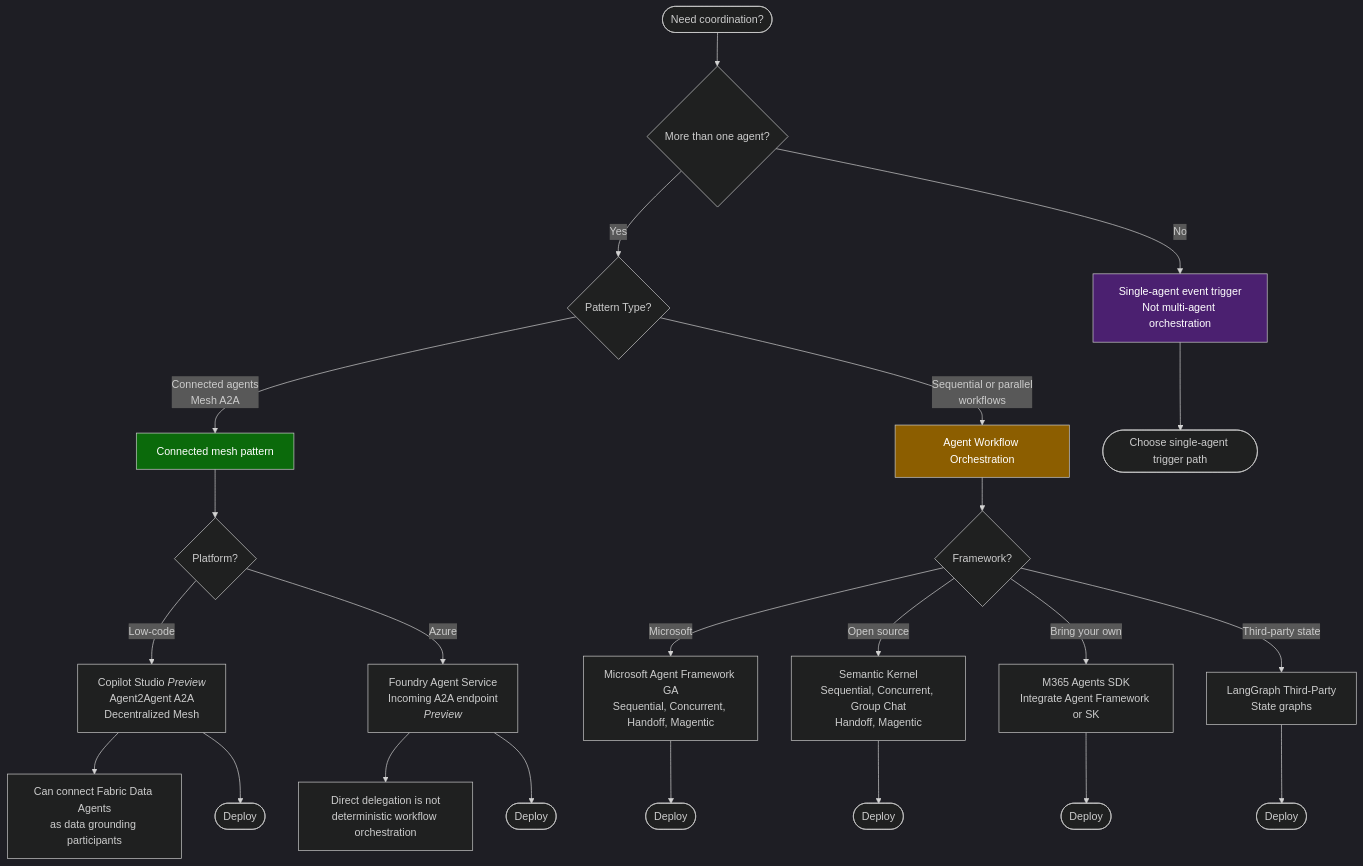
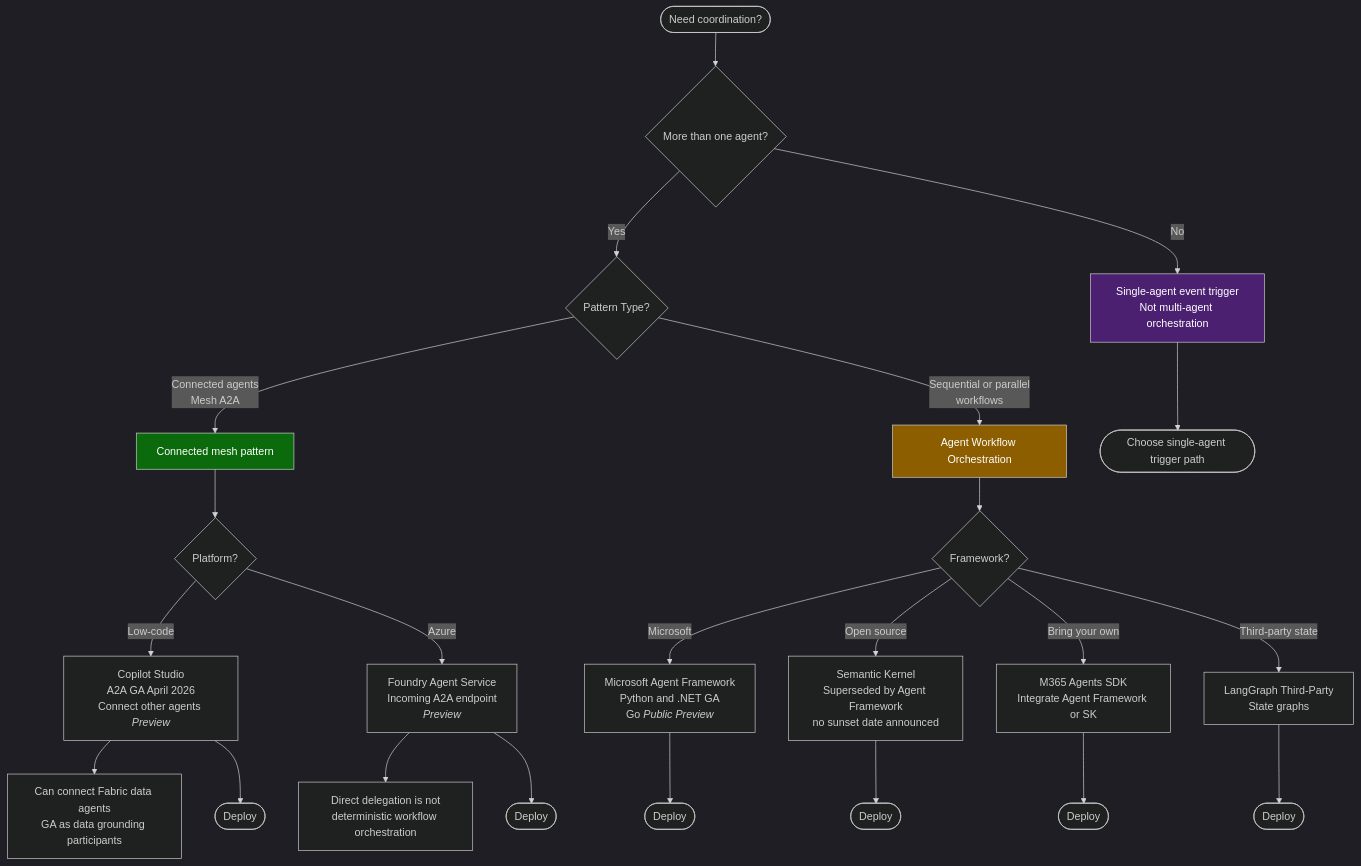
Before and after one commit to microsoft/Microsoft-AI-Decision-Framework: the seventh of 10 diagrams in docs/visual-framework.md, drawn with Mermaid. The commit also changed other lines of this file and 23 other files, not shown here.

````diff
--- a/docs/visual-framework.md
+++ b/docs/visual-framework.md
@@ -815,35 +905,35 @@
 ```mermaid
 %%{init: {'theme':'dark'}}%%
 flowchart TD
     Start([Need coordination?]) --> IsMulti{More than one agent?}
     IsMulti -->|No| SingleExit[Single-agent event trigger<br/>Not multi-agent orchestration]
     IsMulti -->|Yes| Q1{Pattern Type?}
 
     Q1 -->|Connected agents<br/>Mesh A2A| Connected[Connected mesh pattern]
     Q1 -->|Sequential or parallel<br/>workflows| Workflows[Agent Workflow Orchestration]
 
     Connected --> C_Platform{Platform?}
-    C_Platform -->|Low-code| C_Studio[Copilot Studio <i>Preview</i><br/>Agent2Agent A2A<br/>Decentralized Mesh]
+    C_Platform -->|Low-code| C_Studio[Copilot Studio<br/>A2A GA April 2026<br/>Connect other agents <i>Preview</i>]
     C_Platform -->|Azure| C_Foundry[Foundry Agent Service<br/>Incoming A2A endpoint<br/><i>Preview</i>]
 
     Workflows --> W_Framework{Framework?}
-    W_Framework -->|Microsoft| W_AgentFW[Microsoft Agent Framework GA<br/>Sequential, Concurrent, Handoff, Magentic]
-    W_Framework -->|Open source| W_SK[Semantic Kernel<br/>Sequential, Concurrent, Group Chat<br/>Handoff, Magentic]
+    W_Framework -->|Microsoft| W_AgentFW[Microsoft Agent Framework<br/>Python and .NET GA<br/>Go <i>Public Preview</i>]
+    W_Framework -->|Open source| W_SK[Semantic Kernel<br/>Superseded by Agent Framework<br/>no sunset date announced]
     W_Framework -->|Bring your own| W_SDK[M365 Agents SDK<br/>Integrate Agent Framework or SK]
     W_Framework -->|Third-party state| W_LangGraph[LangGraph Third-Party<br/>State graphs]
 
-    C_Studio --> Note1[Can connect Fabric Data Agents<br/>as data grounding participants]
+    C_Studio --> Note1[Can connect Fabric data agents<br/>GA as data grounding participants]
     C_Foundry --> Note2[Direct delegation is not<br/>deterministic workflow orchestration]
 
     C_Studio --> Deploy1([Deploy])
     C_Foundry --> Deploy2([Deploy])
     W_AgentFW --> Deploy3([Deploy])
     W_SK --> Deploy4([Deploy])
     W_SDK --> Deploy5([Deploy])
     W_LangGraph --> Deploy6([Deploy])
     SingleExit --> Deploy7([Choose single-agent trigger path])
 
     style Connected fill:#0b6a0b,color:#fff
     style Workflows fill:#8c5e00,color:#fff
     style SingleExit fill:#4b2070,color:#fff
 ```
````
